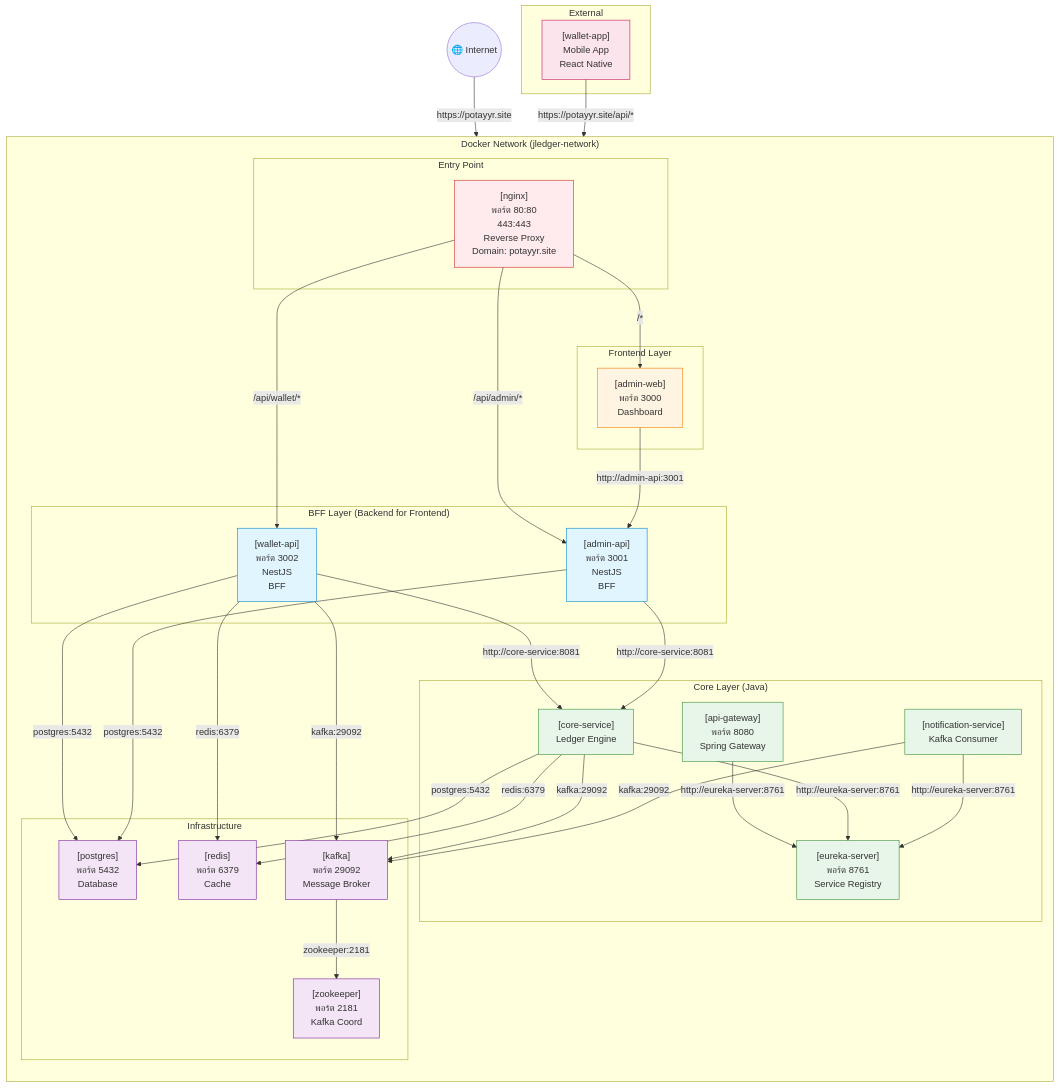
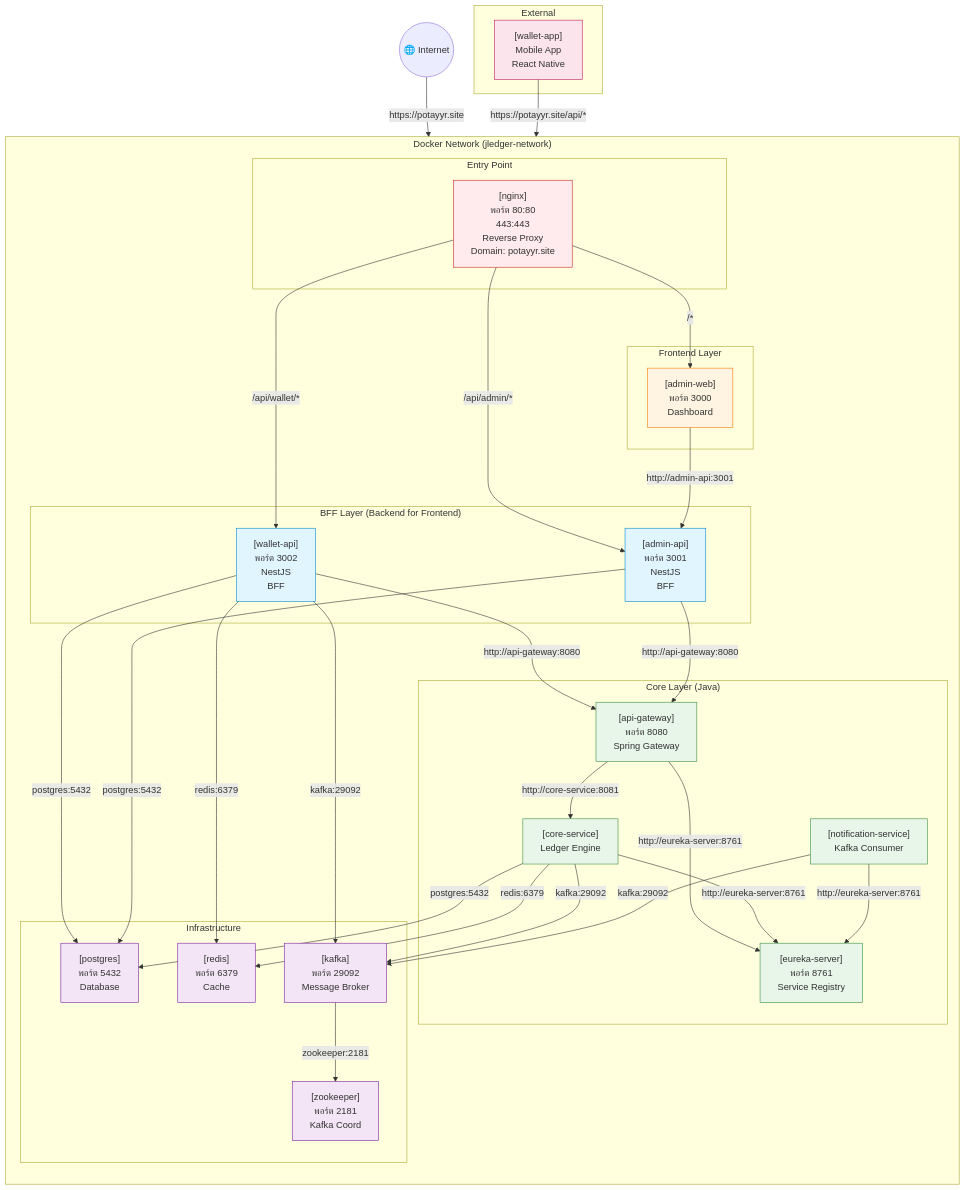
The second of 2 diagrams in network.md (wiiznu17/j-ledgar), drawn with Mermaid before and after one commit. The commit also changed other lines of this file and 12 other files, not shown here.

```diff
--- a/network.md
+++ b/network.md
@@ -206,9 +221,12 @@
     %% Frontend เชื่อมต่อกับ BFF
     WEB -->|http://admin-api:3001| AAPI
 
-    %% BFF เชื่อมต่อกับ Core Layer
-    WAPI -->|http://core-service:8081| CORE
-    AAPI -->|http://core-service:8081| CORE
+    %% BFF เชื่อมต่อกับ API Gateway
+    WAPI -->|http://api-gateway:8080| GATE
+    AAPI -->|http://api-gateway:8080| GATE
+
+    %% API Gateway เชื่อมต่อกับ Core Service
+    GATE -->|http://core-service:8081| CORE
 
     %% BFF เชื่อมต่อกับ Infrastructure
     WAPI -->|postgres:5432| PG
```
